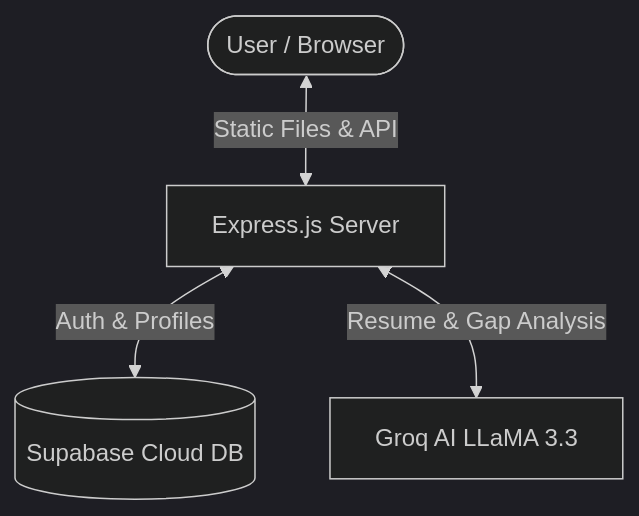
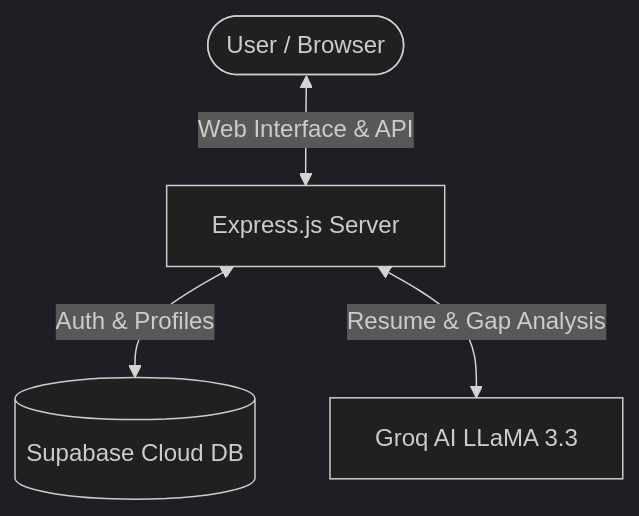
One commit to yaminijairaj/SkillBridge changed the diagram in README.md. Above: the diagram before and after it, drawn with Mermaid (dark theme). The commit also changed other lines of this file, not shown here.

````diff
--- a/README.md
+++ b/README.md
@@ -33,6 +35,6 @@
 ```mermaid
 graph TD
-    User([User / Browser]) <-->|Static Files & API| Express[Express.js Server]
+    User([User / Browser]) <-->|Web Interface & API| Express[Express.js Server]
     Express <-->|Auth & Profiles| Supabase[(Supabase Cloud DB)]
     Express <-->|Resume & Gap Analysis| Groq[Groq AI LLaMA 3.3]
 ```
````
